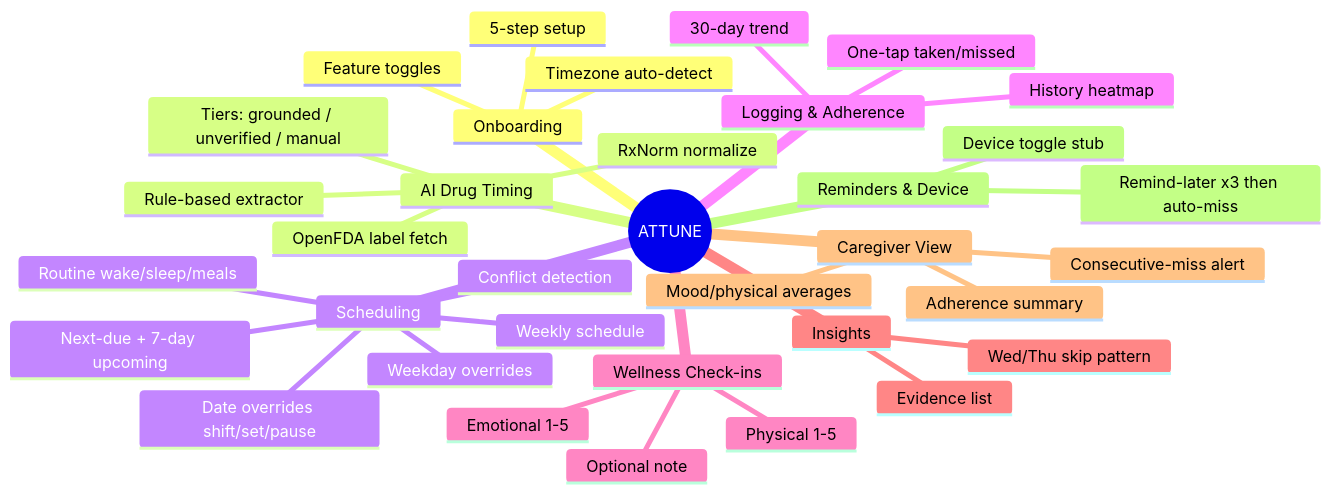
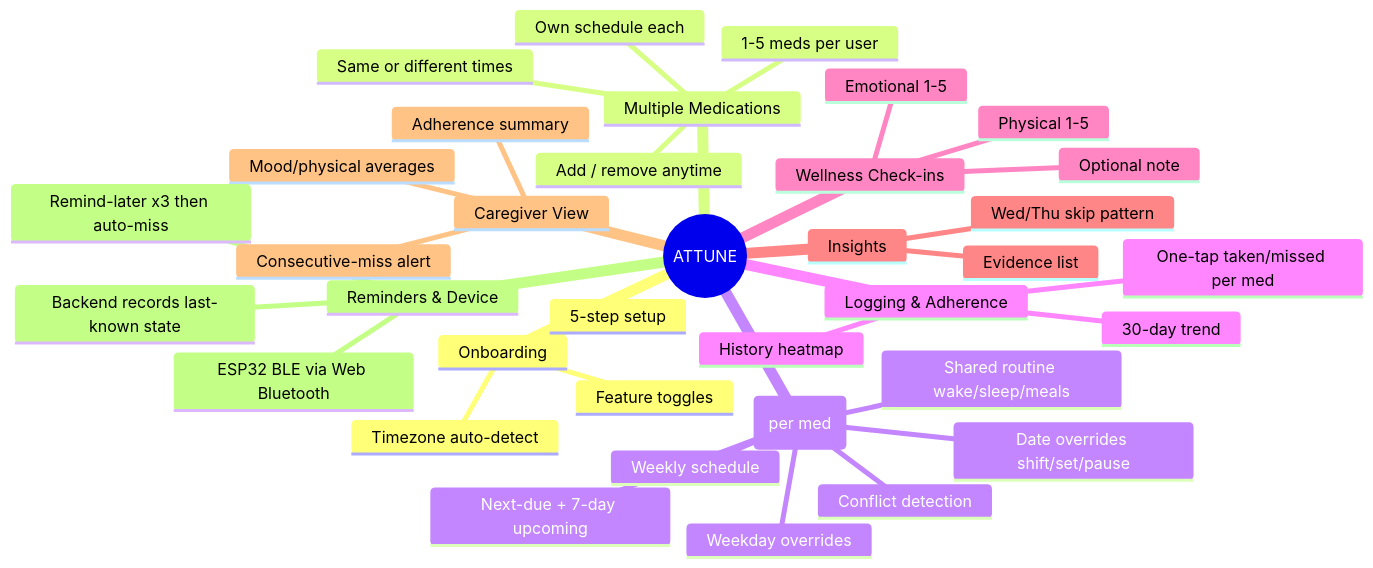
The first of 7 diagrams in README.md (sallonico/Attune-de9bc2d9), drawn with Mermaid before and after one commit. The commit also changed other lines of this file and 3 other files, not shown here.

````diff
--- a/README.md
+++ b/README.md
@@ -70,38 +69,39 @@
 ```mermaid
 mindmap
   root((ATTUNE))
     Onboarding
       5-step setup
       Timezone auto-detect
       Feature toggles
-    AI Drug Timing
-      RxNorm normalize
-      OpenFDA label fetch
-      Rule-based extractor
-      Tiers: grounded / unverified / manual
-    Scheduling
+    Multiple Medications
+      1-5 meds per user
+      Own schedule each
+      Same or different times
+      Add / remove anytime
+    Scheduling (per med)
       Weekly schedule
       Weekday overrides
       Date overrides shift/set/pause
-      Routine wake/sleep/meals
+      Shared routine wake/sleep/meals
       Conflict detection
       Next-due + 7-day upcoming
     Logging & Adherence
-      One-tap taken/missed
+      One-tap taken/missed per med
       30-day trend
       History heatmap
     Wellness Check-ins
       Physical 1-5
       Emotional 1-5
       Optional note
     Insights
       Wed/Thu skip pattern
       Evidence list
     Caregiver View
       Adherence summary
       Mood/physical averages
       Consecutive-miss alert
     Reminders & Device
       Remind-later x3 then auto-miss
-      Device toggle stub
+      ESP32 BLE via Web Bluetooth
+      Backend records last-known state
 ```
````
